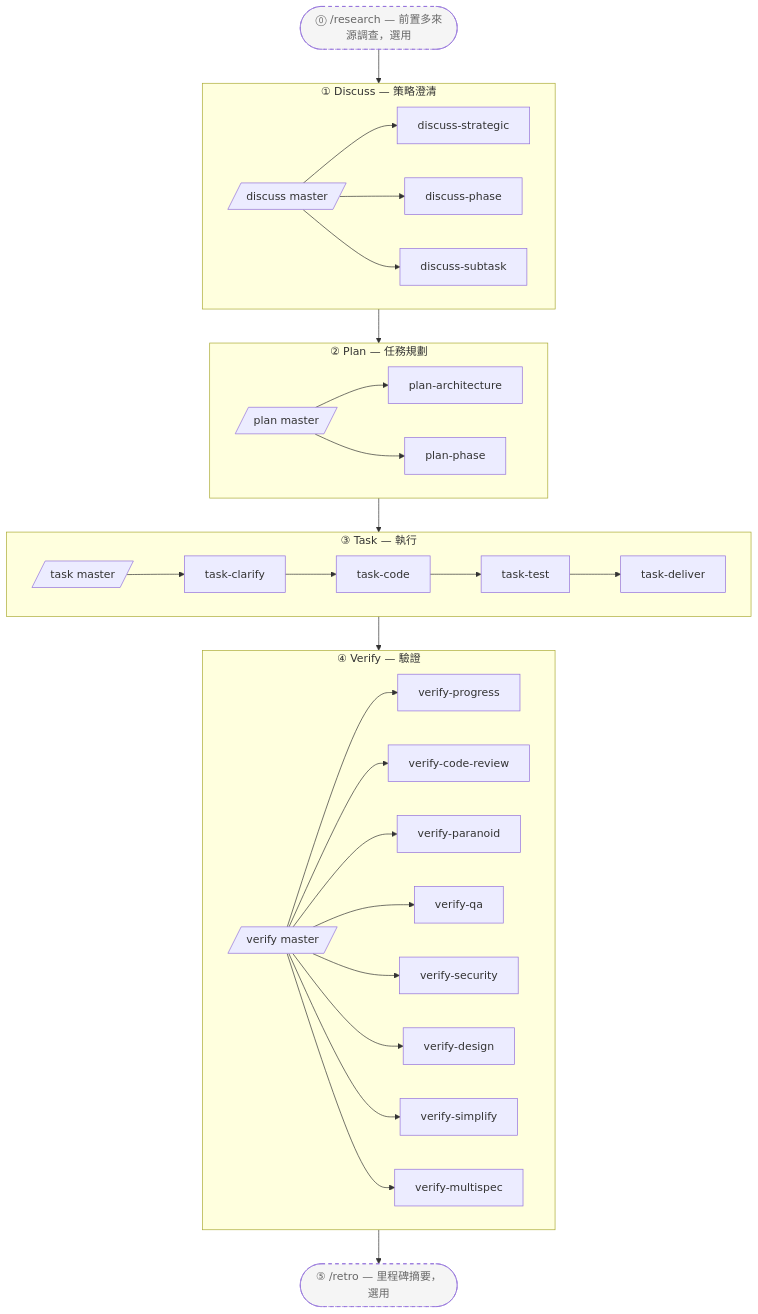
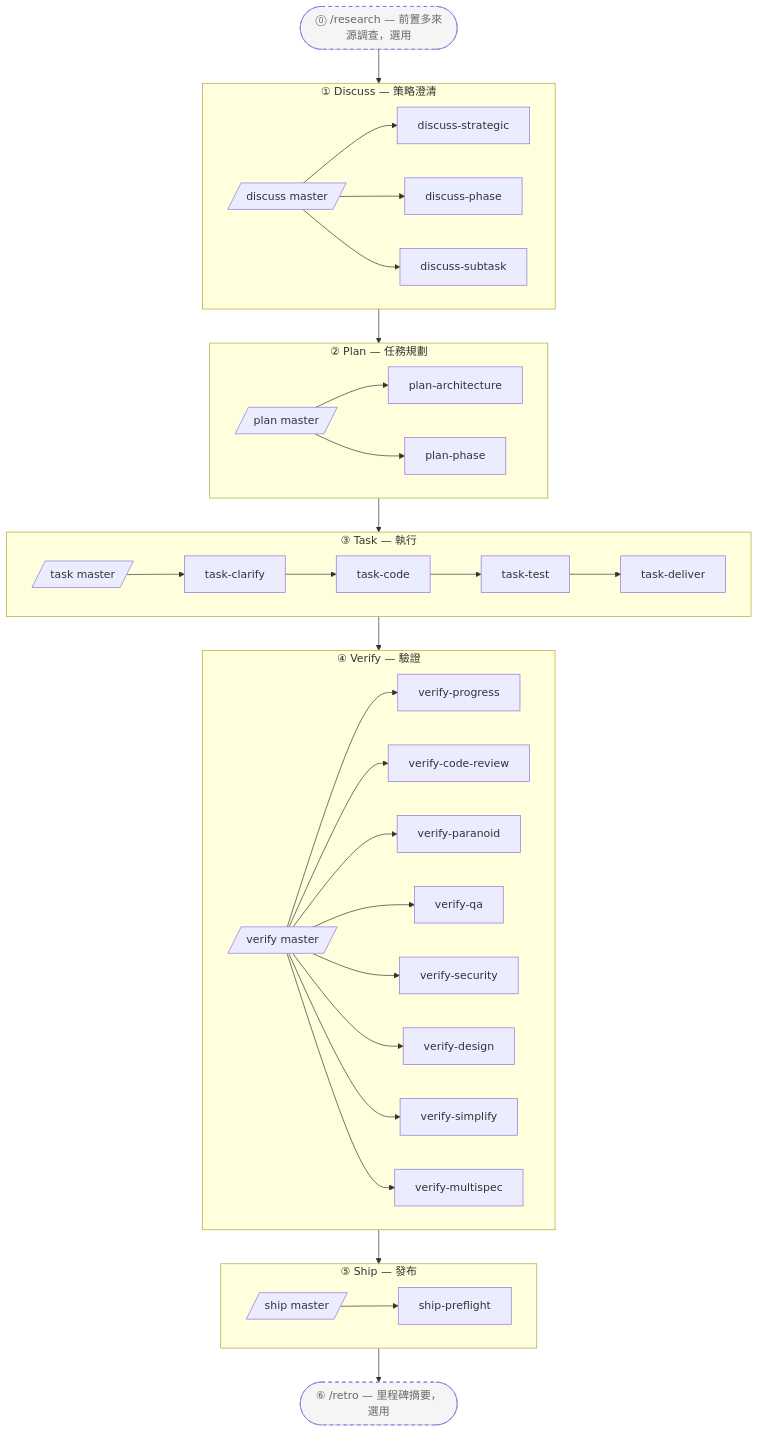
The second of 2 diagrams in README-tw.md (easyinplay/harnessed), drawn with Mermaid before and after one commit. The commit also changed other lines of this file and 9 other files, not shown here.

````diff
--- a/README-tw.md
+++ b/README-tw.md
@@ -111,42 +192,47 @@
 ```mermaid
 graph TD
   RS([⓪ /research — 前置多來源調查，選用]):::optional
   subgraph Discuss[① Discuss — 策略澄清]
     DM[/discuss master/]
     DS[discuss-strategic]
     DP[discuss-phase]
     DT[discuss-subtask]
     DM --> DS & DP & DT
   end
   subgraph Plan[② Plan — 任務規劃]
     PM[/plan master/]
     PA[plan-architecture]
     PP[plan-phase]
     PM --> PA & PP
   end
   subgraph Task[③ Task — 執行]
     TM[/task master/]
     TC[task-clarify]
     TCo[task-code]
     TT[task-test]
     TD[task-deliver]
     TM --> TC --> TCo --> TT --> TD
   end
   subgraph Verify[④ Verify — 驗證]
     VMs[/verify master/]
     VP[verify-progress]
     VC[verify-code-review]
     VPa[verify-paranoid]
     VQ[verify-qa]
     VS[verify-security]
     VD[verify-design]
     VSi[verify-simplify]
     VM[verify-multispec]
     VMs --> VP & VC & VPa & VQ & VS & VD & VSi & VM
   end
-  RT([⑤ /retro — 里程碑摘要，選用]):::optional
+  subgraph Ship[⑤ Ship — 發布]
+    SMs[/ship master/]
+    SP[ship-preflight]
+    SMs --> SP
+  end
+  RT([⑥ /retro — 里程碑摘要，選用]):::optional
   RS --> Discuss
-  Discuss --> Plan --> Task --> Verify
-  Verify --> RT
+  Discuss --> Plan --> Task --> Verify --> Ship
+  Ship --> RT
   classDef optional stroke-dasharray:5 5,fill:#f5f5f5,color:#666
 ```
````
